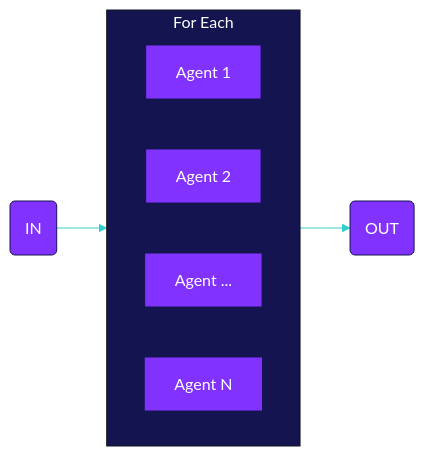
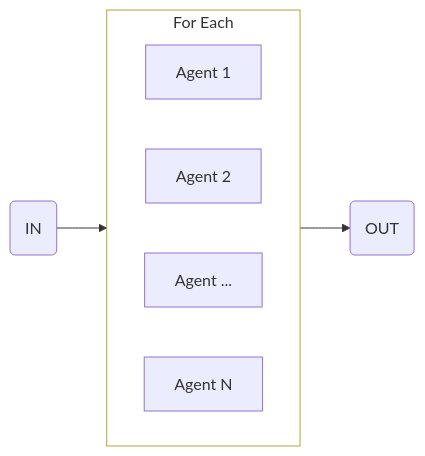
The diagram in docs/flows/for-each.mdx (callstackincubator/flows-ai), drawn with Mermaid before and after one commit. The commit also changed other lines of this file and 8 other files, not shown here.

````diff
--- a/docs/flows/for-each.mdx
+++ b/docs/flows/for-each.mdx
@@ -6,26 +5,13 @@
 ```mermaid
-%%{
-  init: {
-    'theme': 'base',
-    'themeVariables': {
-      'primaryColor': '#8232ff',
-      'primaryTextColor': '#fff',
-      'primaryBorderColor': '#141450',
-      'lineColor': '#33CCCC',
-      'tertiaryTextColor': "#fff",
-      'secondaryColor': '#141450',
-      'tertiaryColor': '#141450'
-    }
-  }
-}%%
+%%{init: {'themeVariables': { 'clusterBkg': 'transparent' }}}%%
 flowchart LR
     IN("IN") --> forEach
     subgraph forEach [For Each]
         direction LR
         B["Agent 1"]
         C["Agent 2"]
         D["Agent ..."]
         E["Agent N"]
     end
     forEach --> OUT("OUT")
 ```
````
